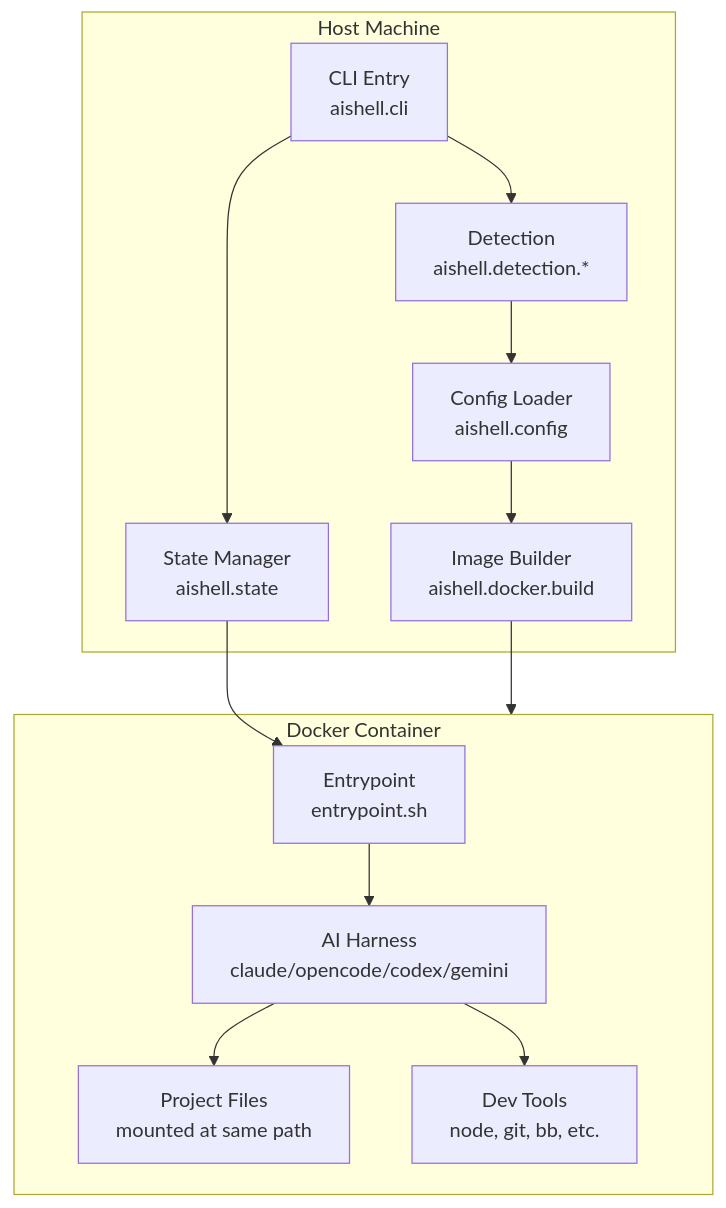
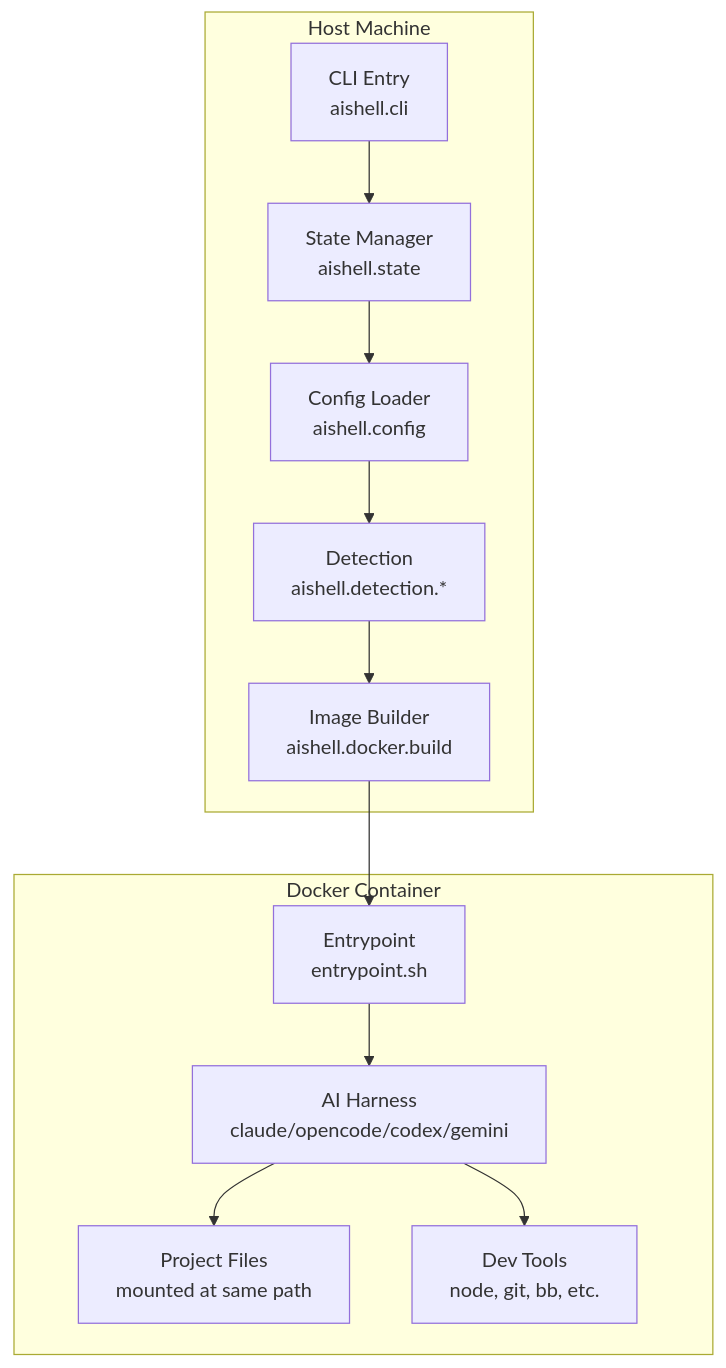
The diagram in docs/ARCHITECTURE.md (UniSoma/aishell), drawn with Mermaid before and after one commit.

Commit message:
fix(docs): correct system overview diagram order
Config loading must come before detection because detection
needs config settings (enabled, custom_patterns, allowlist).

Actual flow: CLI → State → Config → Detection → Build → Container

````diff
--- a/docs/ARCHITECTURE.md
+++ b/docs/ARCHITECTURE.md
@@ -26,27 +26,26 @@
 ```mermaid
 graph TB
     subgraph Host["Host Machine"]
         CLI[CLI Entry<br/>aishell.cli]
+        State[State Manager<br/>aishell.state]
         Config[Config Loader<br/>aishell.config]
+        Detection[Detection<br/>aishell.detection.*]
         Build[Image Builder<br/>aishell.docker.build]
-        State[State Manager<br/>aishell.state]
-        Detection[Detection<br/>aishell.detection.*]
     end
 
     subgraph Docker["Docker Container"]
         Entry[Entrypoint<br/>entrypoint.sh]
         Harness[AI Harness<br/>claude/opencode/codex/gemini]
         Project[Project Files<br/>mounted at same path]
         Tools[Dev Tools<br/>node, git, bb, etc.]
     end
 
-    CLI --> Detection
-    Detection --> Config
-    Config --> Build
-    Build --> Docker
     CLI --> State
-    State --> Entry
+    State --> Config
+    Config --> Detection
+    Detection --> Build
+    Build --> Entry
     Entry --> Harness
     Harness --> Project
     Harness --> Tools
 ```
````
